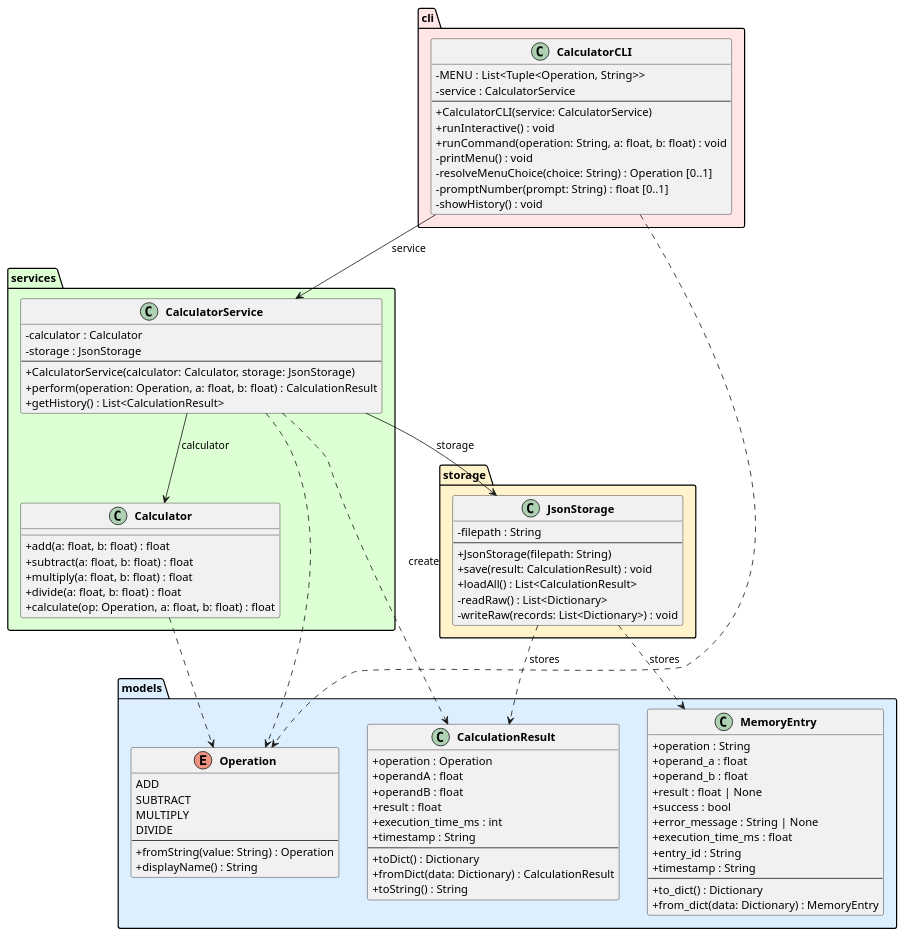
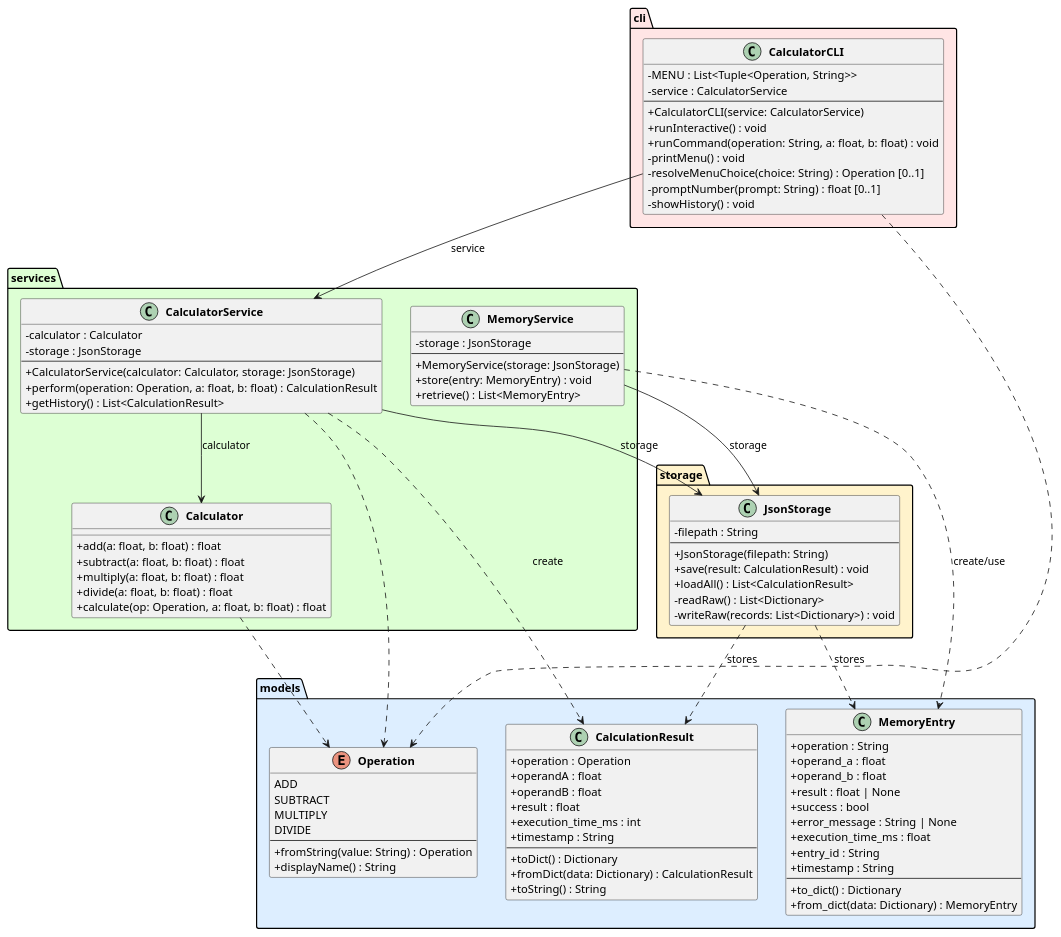
Before and after one commit to DanielRiha8906/Software_autoevolution_using_agents: the diagram in experiments/supervisor_as_tools/user_stories/calculator/artifacts/class_diagram.puml, drawn with PlantUML. The commit also changed 5 other files, not shown here.

```diff
--- a/experiments/supervisor_as_tools/user_stories/calculator/artifacts/class_diagram.puml
+++ b/experiments/supervisor_as_tools/user_stories/calculator/artifacts/class_diagram.puml
@@ -1,103 +1,113 @@
 @startuml class_diagram
 
 skinparam classAttributeIconSize 0
 skinparam classFontStyle bold
 
 package "models" #DDEEFF {
     enum Operation {
         ADD
         SUBTRACT
         MULTIPLY
         DIVIDE
         --
         +fromString(value: String) : Operation
         +displayName() : String
     }
 
     class CalculationResult {
         +operation : Operation
         +operandA : float
         +operandB : float
         +result : float
         +execution_time_ms : int
         +timestamp : String
         --
         +toDict() : Dictionary
         +fromDict(data: Dictionary) : CalculationResult
         +toString() : String
     }
 
     class MemoryEntry {
         +operation : String
         +operand_a : float
         +operand_b : float
         +result : float | None
         +success : bool
         +error_message : String | None
         +execution_time_ms : float
         +entry_id : String
         +timestamp : String
         --
         +to_dict() : Dictionary
         +from_dict(data: Dictionary) : MemoryEntry
     }
 }
 
 package "services" #DDFFD4 {
     class Calculator {
         +add(a: float, b: float) : float
         +subtract(a: float, b: float) : float
         +multiply(a: float, b: float) : float
         +divide(a: float, b: float) : float
         +calculate(op: Operation, a: float, b: float) : float
     }
 
     class CalculatorService {
         -calculator : Calculator
         -storage : JsonStorage
         --
         +CalculatorService(calculator: Calculator, storage: JsonStorage)
         +perform(operation: Operation, a: float, b: float) : CalculationResult
         +getHistory() : List<CalculationResult>
     }
+
+    class MemoryService {
+        -storage : JsonStorage
+        --
+        +MemoryService(storage: JsonStorage)
+        +store(entry: MemoryEntry) : void
+        +retrieve() : List<MemoryEntry>
+    }
 }
 
 package "storage" #FFF3CC {
     class JsonStorage {
         -filepath : String
         --
         +JsonStorage(filepath: String)
         +save(result: CalculationResult) : void
         +loadAll() : List<CalculationResult>
         -readRaw() : List<Dictionary>
         -writeRaw(records: List<Dictionary>) : void
     }
 }
 
 package "cli" #FFE5E5 {
     class CalculatorCLI {
         -MENU : List<Tuple<Operation, String>>
         -service : CalculatorService
         --
         +CalculatorCLI(service: CalculatorService)
         +runInteractive() : void
         +runCommand(operation: String, a: float, b: float) : void
         -printMenu() : void
         -resolveMenuChoice(choice: String) : Operation [0..1]
         -promptNumber(prompt: String) : float [0..1]
         -showHistory() : void
     }
 }
 
 CalculatorCLI --> CalculatorService : service
 CalculatorService --> Calculator : calculator
 CalculatorService --> JsonStorage : storage
+MemoryService --> JsonStorage : storage
 
 CalculatorService ..> CalculationResult : create
 CalculatorService ..> Operation
 CalculatorCLI ..> Operation
 Calculator ..> Operation
+MemoryService ..> MemoryEntry : create/use
 JsonStorage ..> CalculationResult : stores
 JsonStorage ..> MemoryEntry : stores
 
 @enduml
```
